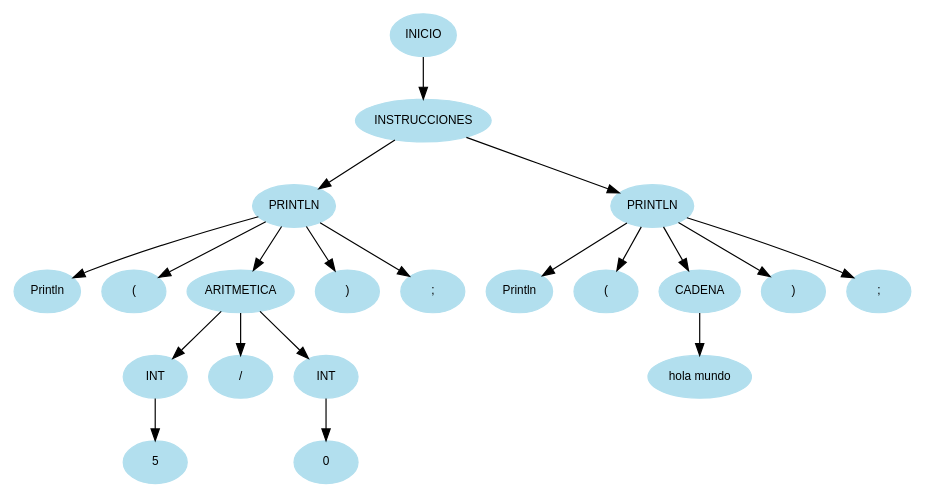
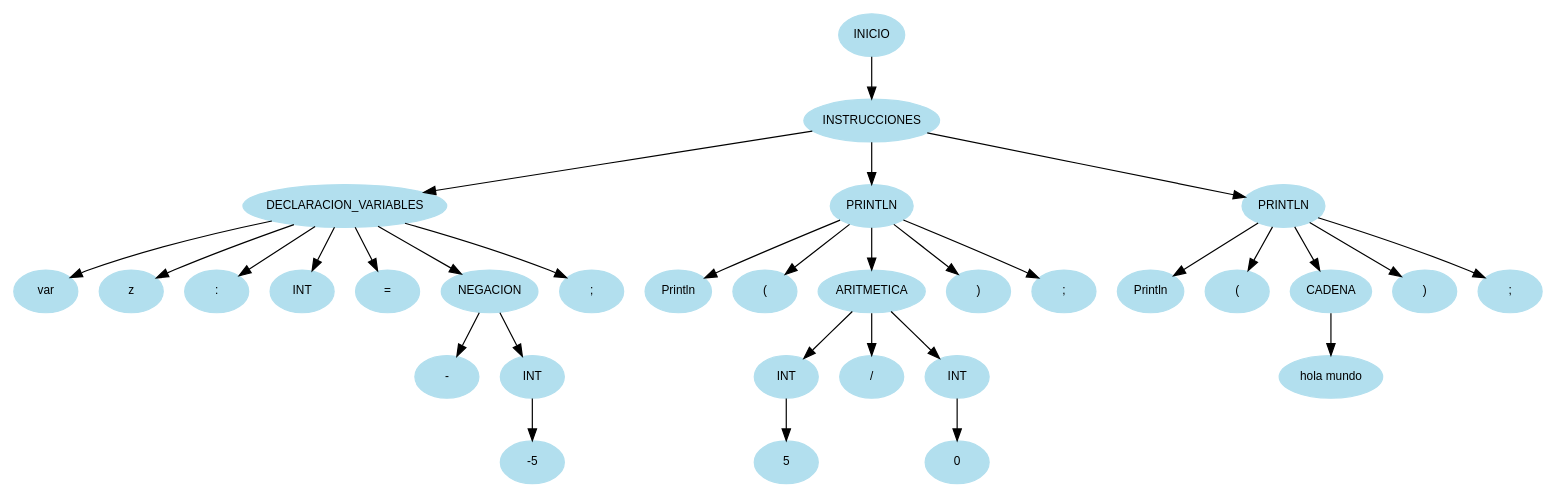
The diagram in Fase_1/Reports/arbolAST.dot (MMP119/OLC1_JavaCraft), drawn with Graphviz before and after one commit. The commit also changed 45 other files, not shown here.

```diff
--- a/Fase_1/Reports/arbolAST.dot
+++ b/Fase_1/Reports/arbolAST.dot
@@ -1,43 +1,65 @@
 digraph arbolAST{
 node [shape=oval, style=filled, color=lightblue2, fontname=Helvetica, fontsize=10];
 edge [fontname=Helvetica, fontsize=10];
 n0[label="INICIO"];
 n1[label="INSTRUCCIONES"];
 n0 -> n1;
-n2[label="PRINTLN"];
+n2[label="DECLARACION_VARIABLES"];
 n1 -> n2;
-n3[label="Println"];
+n3[label="var"];
 n2 -> n3;
-n4[label="("];
+n4[label="z"];
 n2 -> n4;
-n5[label="ARITMETICA"];
+n5[label=":"];
 n2 -> n5;
 n6[label="INT"];
-n5 -> n6;
-n7[label="5"];
-n6 -> n7;
-n8[label="/"];
-n5 -> n8;
-n9[label="INT"];
-n5 -> n9;
-n10[label="0"];
-n9 -> n10;
-n11[label=")"];
-n2 -> n11;
+n2 -> n6;
+n7[label="="];
+n2 -> n7;
+n8[label="NEGACION"];
+n2 -> n8;
+n9[label="-"];
+n8 -> n9;
+n10[label="INT"];
+n8 -> n10;
+n11[label="-5"];
+n10 -> n11;
 n12[label=";"];
 n2 -> n12;
 n13[label="PRINTLN"];
 n1 -> n13;
 n14[label="Println"];
 n13 -> n14;
 n15[label="("];
 n13 -> n15;
-n16[label="CADENA"];
+n16[label="ARITMETICA"];
 n13 -> n16;
-n17[label="hola mundo"];
+n17[label="INT"];
 n16 -> n17;
-n18[label=")"];
-n13 -> n18;
-n19[label=";"];
-n13 -> n19;
+n18[label="5"];
+n17 -> n18;
+n19[label="/"];
+n16 -> n19;
+n20[label="INT"];
+n16 -> n20;
+n21[label="0"];
+n20 -> n21;
+n22[label=")"];
+n13 -> n22;
+n23[label=";"];
+n13 -> n23;
+n24[label="PRINTLN"];
+n1 -> n24;
+n25[label="Println"];
+n24 -> n25;
+n26[label="("];
+n24 -> n26;
+n27[label="CADENA"];
+n24 -> n27;
+n28[label="hola mundo"];
+n27 -> n28;
+n29[label=")"];
+n24 -> n29;
+n30[label=";"];
+n24 -> n30;
 }
```
